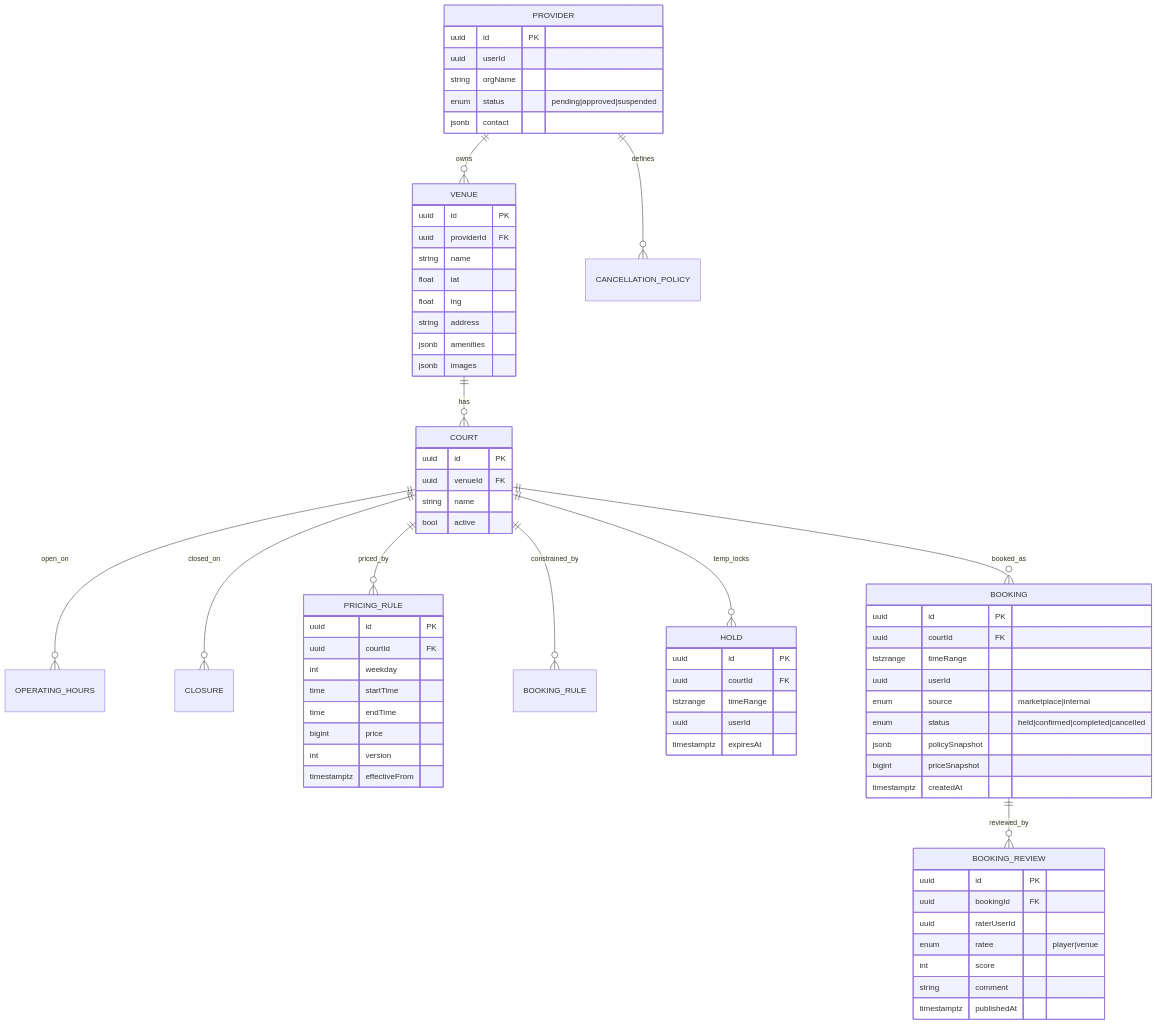
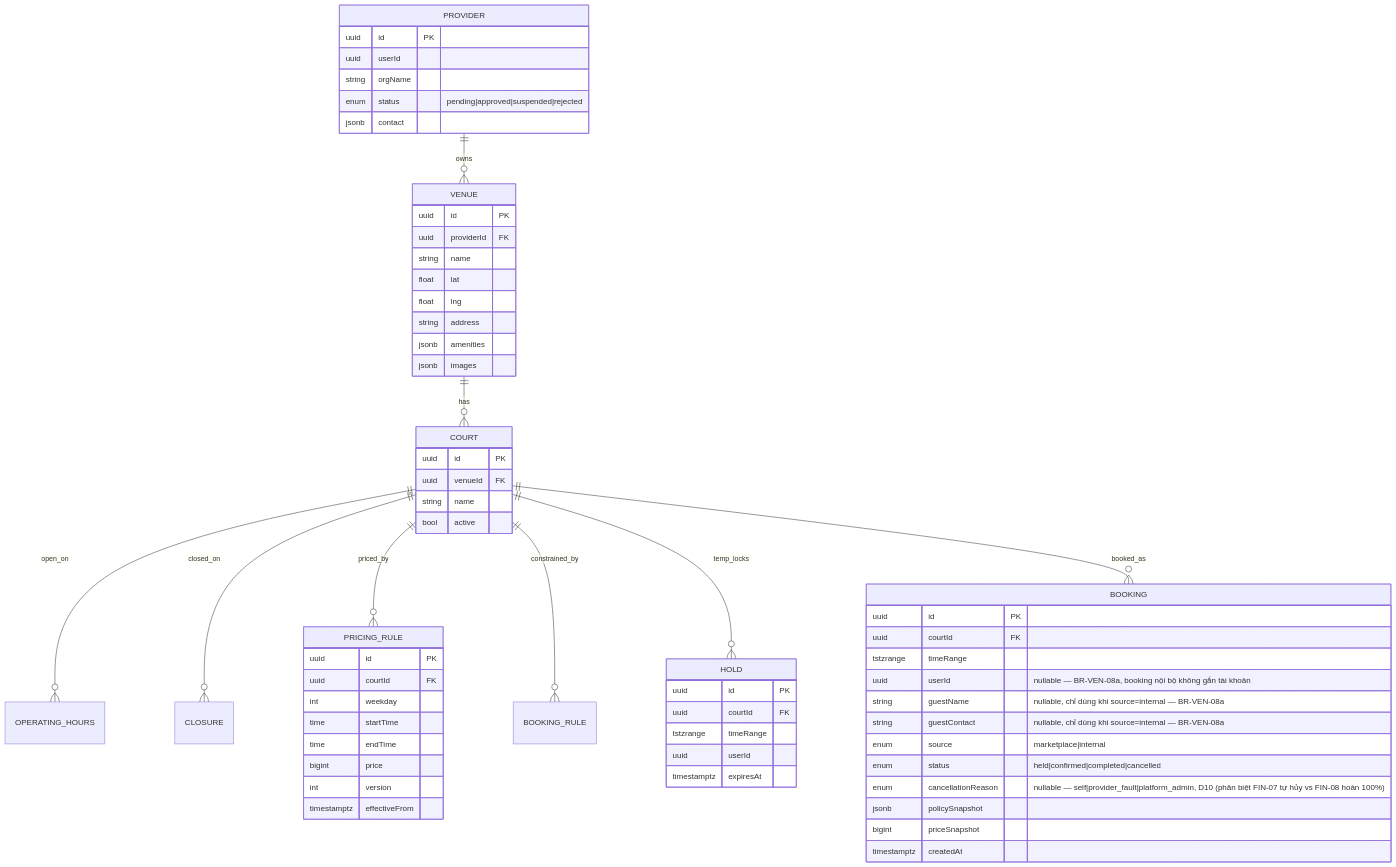
One commit to t-anh1007/Badminton-Platform changed the second of 9 diagrams in docs/architecture/data-model.md. Above: the diagram before and after it, drawn with Mermaid. The commit also changed other lines of this file and 11 other files, not shown here.

First line of the commit message:
feat(g0): áp 12 thay đổi data-model vào 3 schema GĐ1 (account/venue-booking/finance)

````diff
--- a/docs/architecture/data-model.md
+++ b/docs/architecture/data-model.md
@@ -68,74 +70,66 @@
 ```mermaid
 erDiagram
     PROVIDER ||--o{ VENUE : owns
     VENUE ||--o{ COURT : has
     COURT ||--o{ OPERATING_HOURS : open_on
     COURT ||--o{ CLOSURE : closed_on
     COURT ||--o{ PRICING_RULE : priced_by
     COURT ||--o{ BOOKING_RULE : constrained_by
     COURT ||--o{ HOLD : temp_locks
     COURT ||--o{ BOOKING : booked_as
-    PROVIDER ||--o{ CANCELLATION_POLICY : defines
-    BOOKING ||--o{ BOOKING_REVIEW : reviewed_by
 
     PROVIDER {
         uuid id PK
         uuid userId
         string orgName
-        enum status "pending|approved|suspended"
+        enum status "pending|approved|suspended|rejected"
         jsonb contact
     }
     VENUE {
         uuid id PK
         uuid providerId FK
         string name
         float lat
         float lng
         string address
         jsonb amenities
         jsonb images
     }
     COURT {
         uuid id PK
         uuid venueId FK
         string name
         bool active
     }
     PRICING_RULE {
         uuid id PK
         uuid courtId FK
         int weekday
         time startTime
         time endTime
         bigint price
         int version
         timestamptz effectiveFrom
     }
     HOLD {
         uuid id PK
         uuid courtId FK
         tstzrange timeRange
         uuid userId
         timestamptz expiresAt
     }
     BOOKING {
         uuid id PK
         uuid courtId FK
         tstzrange timeRange
-        uuid userId
+        uuid userId "nullable — BR-VEN-08a, booking nội bộ không gắn tài khoản"
+        string guestName "nullable, chỉ dùng khi source=internal — BR-VEN-08a"
+        string guestContact "nullable, chỉ dùng khi source=internal — BR-VEN-08a"
         enum source "marketplace|internal"
         enum status "held|confirmed|completed|cancelled"
+        enum cancellationReason "nullable — self|provider_fault|platform_admin, D10 (phân biệt FIN-07 tự hủy vs FIN-08 hoàn 100%)"
         jsonb policySnapshot
         bigint priceSnapshot
         timestamptz createdAt
     }
-    BOOKING_REVIEW {
-        uuid id PK
-        uuid bookingId FK
-        uuid raterUserId
-        enum ratee "player|venue"
-        int score
-        string comment
-        timestamptz publishedAt
-    }
 ```
````
